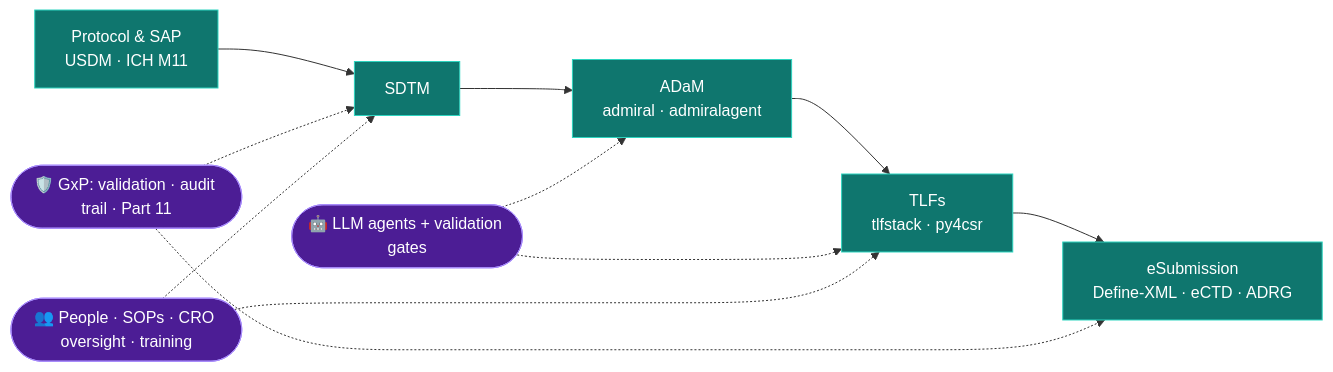
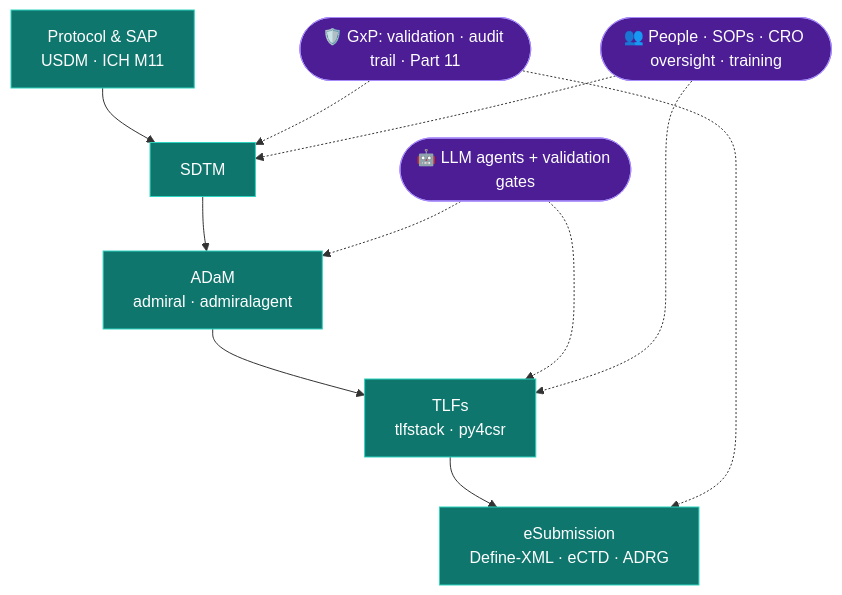
Before and after one commit to yanmingyu92/yanmingyu92: the diagram in README.md, drawn with Mermaid. The commit also changed other lines of this file and 10 other files, not shown here.

````diff
--- a/README.md
+++ b/README.md
@@ -39,17 +39,17 @@
 ```mermaid
-flowchart LR
+flowchart TB
     P["Protocol & SAP<br/>USDM · ICH M11"] --> S["SDTM"]
     S --> A["ADaM<br/>admiral · admiralagent"]
     A --> T["TLFs<br/>tlfstack · py4csr"]
     T --> E["eSubmission<br/>Define-XML · eCTD · ADRG"]
     AI(["🤖 LLM agents + validation gates"]) -.-> A
     AI -.-> T
     G(["🛡️ GxP: validation · audit trail · Part 11"]) -.-> S
     G -.-> E
     L(["👥 People · SOPs · CRO oversight · training"]) -.-> S
     L -.-> T
     classDef core fill:#0f766e,stroke:#2dd4bf,color:#ffffff
     classDef layer fill:#4c1d95,stroke:#a78bfa,color:#ffffff
     class P,S,A,T,E core
     class AI,G,L layer
 ```
````
